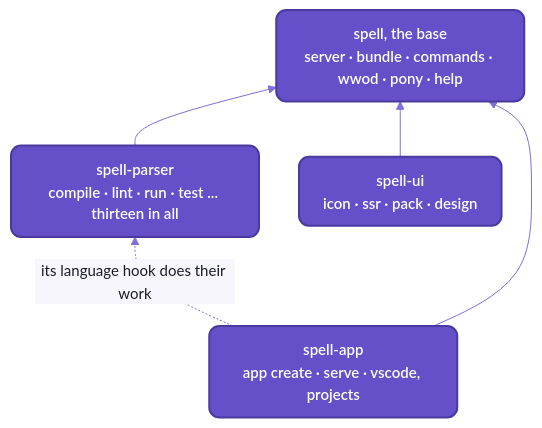
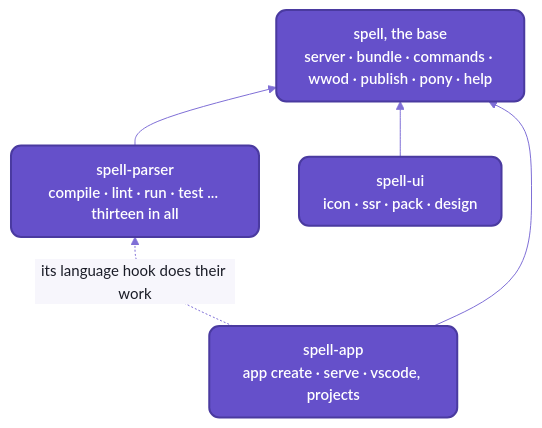
The diagram in README-cli.md (spell-app/spell), drawn with Mermaid before and after one commit. The commit also changed other lines of this file and 20 other files, not shown here.

````diff
--- a/README-cli.md
+++ b/README-cli.md
@@ -158,13 +158,13 @@
 ```mermaid
 %%{init: {"theme":"base","themeVariables":{"fontFamily":"-apple-system, BlinkMacSystemFont, Segoe UI, Helvetica, Arial, sans-serif","fontSize":"15px","primaryColor":"#EFECFB","primaryBorderColor":"#6550CA","primaryTextColor":"#1A1C27","secondaryColor":"#F4F1E9","tertiaryColor":"#F7F6FC","lineColor":"#7F6FD6","textColor":"#7F6FD6","clusterBkg":"#F7F6FC","clusterBorder":"#B9B0E8","titleColor":"#1A1C27","edgeLabelBackground":"#F7F6FC","actorBkg":"#EFECFB","actorBorder":"#6550CA","actorTextColor":"#1A1C27","actorLineColor":"#9C90DE","signalColor":"#7F6FD6","signalTextColor":"#7F6FD6","labelBoxBkgColor":"#EFECFB","labelBoxBorderColor":"#6550CA","labelTextColor":"#1A1C27","loopTextColor":"#7F6FD6","noteBkgColor":"#F1E7D4","noteBorderColor":"#C9B48A","noteTextColor":"#1A1C27","activationBkgColor":"#DCD6F7","activationBorderColor":"#6550CA","sequenceNumberColor":"#FFFFFF"},"flowchart":{"curve":"basis","padding":12,"nodeSpacing":40,"rankSpacing":44}}}%%
 flowchart BT
-  base["spell, the base<br/>server · bundle · commands · wwod · pony · help"]
+  base["spell, the base<br/>server · bundle · commands · wwod · publish · pony · help"]
   lang["spell-parser<br/>compile · lint · run · test ... thirteen in all"] --> base
   ui["spell-ui<br/>icon · ssr · pack · design"] --> base
   app["spell-app<br/>app create · serve · vscode, projects"] --> base
   app -. "its language hook does their work" .-> lang
   %% the Spell look:  yarn mermaid:pretty
   classDef default fill:#EFECFB,stroke:#6550CA,stroke-width:1.5px,color:#1A1C27,rx:8px,ry:8px
   classDef repo fill:#6550CA,stroke:#4A3AA0,stroke-width:2px,color:#FFFFFF,rx:10px,ry:10px,font-weight:600
   class base,lang,ui,app repo
 ```
````
